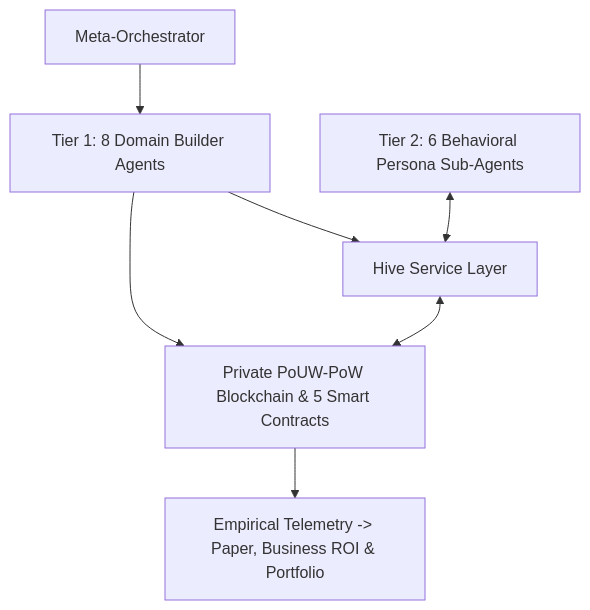
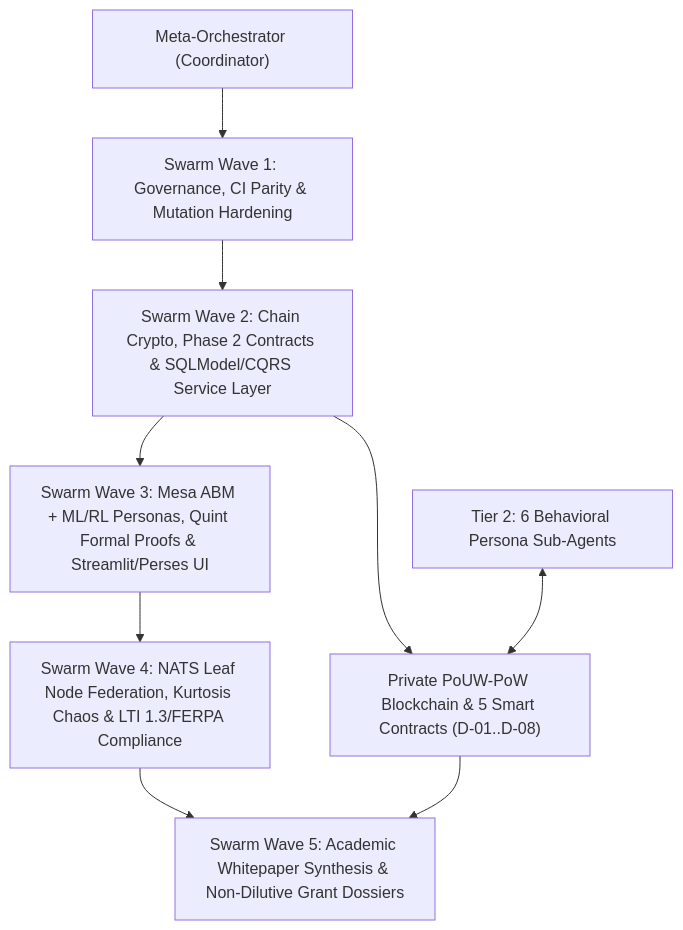
The diagram in docs/planning/agent_orchestration.md (brandon-fox/nectR), drawn with Mermaid before and after one commit. The commit also changed other lines of this file and 58 other files, not shown here.

First line of the commit message:
docs(spec): expand long-term OpenSpec roadmap, ADRs, and research provenance

````diff
--- a/docs/planning/agent_orchestration.md
+++ b/docs/planning/agent_orchestration.md
@@ -8,9 +12,11 @@
 ```mermaid
 flowchart TD
-    Orchestrator["Meta-Orchestrator"] --> Tier1["Tier 1: 8 Domain Builder Agents"]
-    Tier1 --> Chain["Private PoUW-PoW Blockchain & 5 Smart Contracts"]
-    Tier1 --> Service["Hive Service Layer"]
-    Personas["Tier 2: 6 Behavioral Persona Sub-Agents"] <--> Service
-    Service <--> Chain
-    Chain --> Telemetry["Empirical Telemetry -> Paper, Business ROI & Portfolio"]
+    Orchestrator["Meta-Orchestrator (Coordinator)"] --> Wave1["Swarm Wave 1: Governance, CI Parity & Mutation Hardening"]
+    Wave1 --> Wave2["Swarm Wave 2: Chain Crypto, Phase 2 Contracts & SQLModel/CQRS Service Layer"]
+    Wave2 --> Wave3["Swarm Wave 3: Mesa ABM + ML/RL Personas, Quint Formal Proofs & Streamlit/Perses UI"]
+    Wave3 --> Wave4["Swarm Wave 4: NATS Leaf Node Federation, Kurtosis Chaos & LTI 1.3/FERPA Compliance"]
+    Wave4 --> Wave5["Swarm Wave 5: Academic Whitepaper Synthesis & Non-Dilutive Grant Dossiers"]
+    Wave2 --> Chain["Private PoUW-PoW Blockchain & 5 Smart Contracts (D-01..D-08)"]
+    Personas["Tier 2: 6 Behavioral Persona Sub-Agents"] <--> Chain
+    Chain --> Wave5
 ```
````
